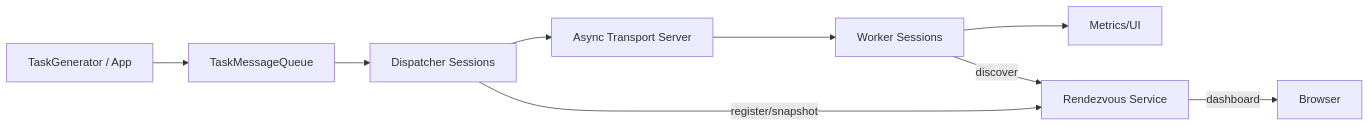
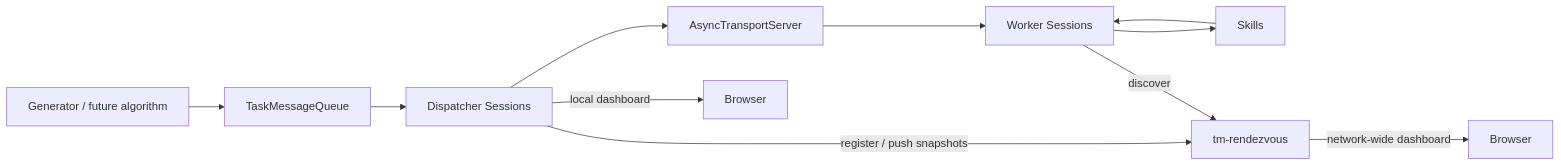
Before and after one commit to ilya-yusim/task-messenger: the diagram in docs/TaskMessenger.md, drawn with Mermaid. The commit also changed other lines of this file and 62 other files, not shown here.

````diff
--- a/docs/TaskMessenger.md
+++ b/docs/TaskMessenger.md
@@ -24,11 +64,13 @@
 ```mermaid
 graph LR
-    TG[TaskGenerator / App] --> Pool[TaskMessageQueue]
+    Gen[Generator / future algorithm] --> Pool[TaskMessageQueue]
     Pool --> Dispatcher[Dispatcher Sessions]
-    Dispatcher --> Net[Async Transport Server]
+    Dispatcher --> Net[AsyncTransportServer]
     Net --> Workers[Worker Sessions]
-    Workers --> Metrics[Metrics/UI]
-    Dispatcher -- register/snapshot --> RV[Rendezvous Service]
+    Workers --> Skills[Skills]
+    Skills --> Workers
+    Dispatcher -- register / push snapshots --> RV[tm-rendezvous]
     Workers -- discover --> RV
-    RV -- dashboard --> Browser[Browser]
+    RV -- network-wide dashboard --> Browser[Browser]
+    Dispatcher -- local dashboard --> LocalBrowser[Browser]
 ```
````
